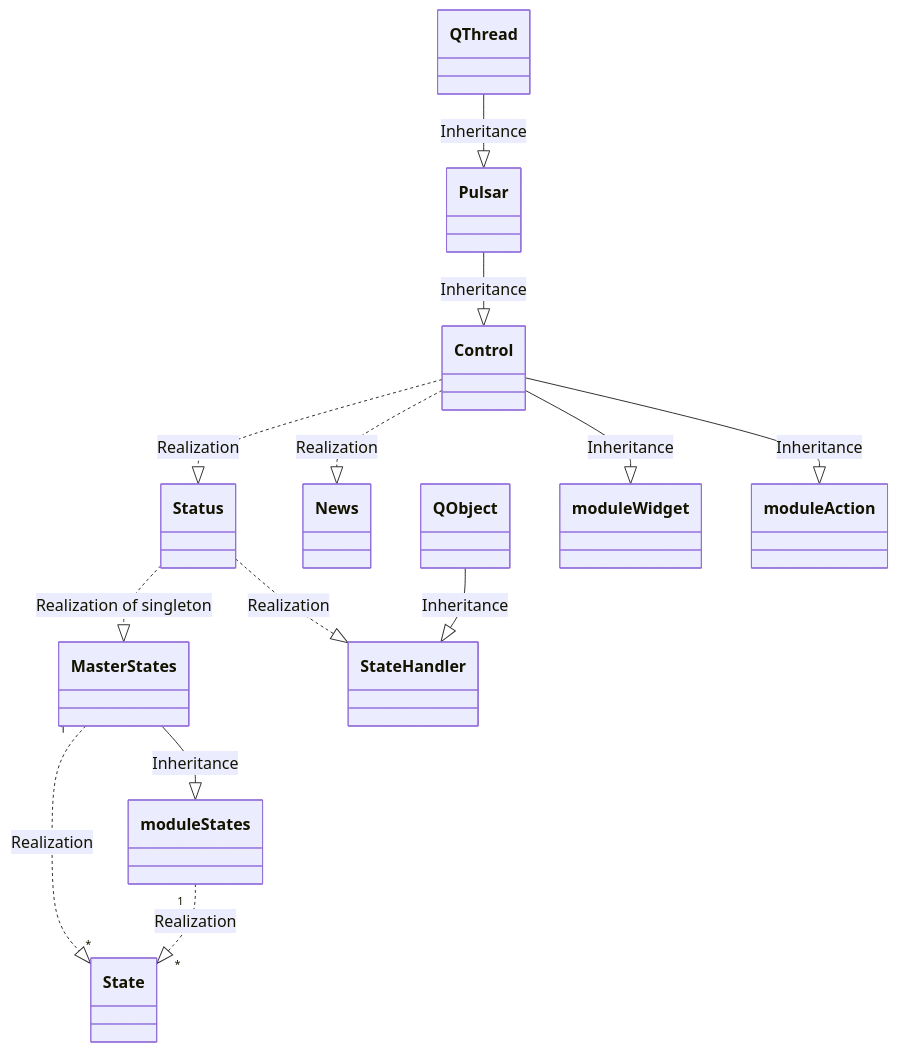
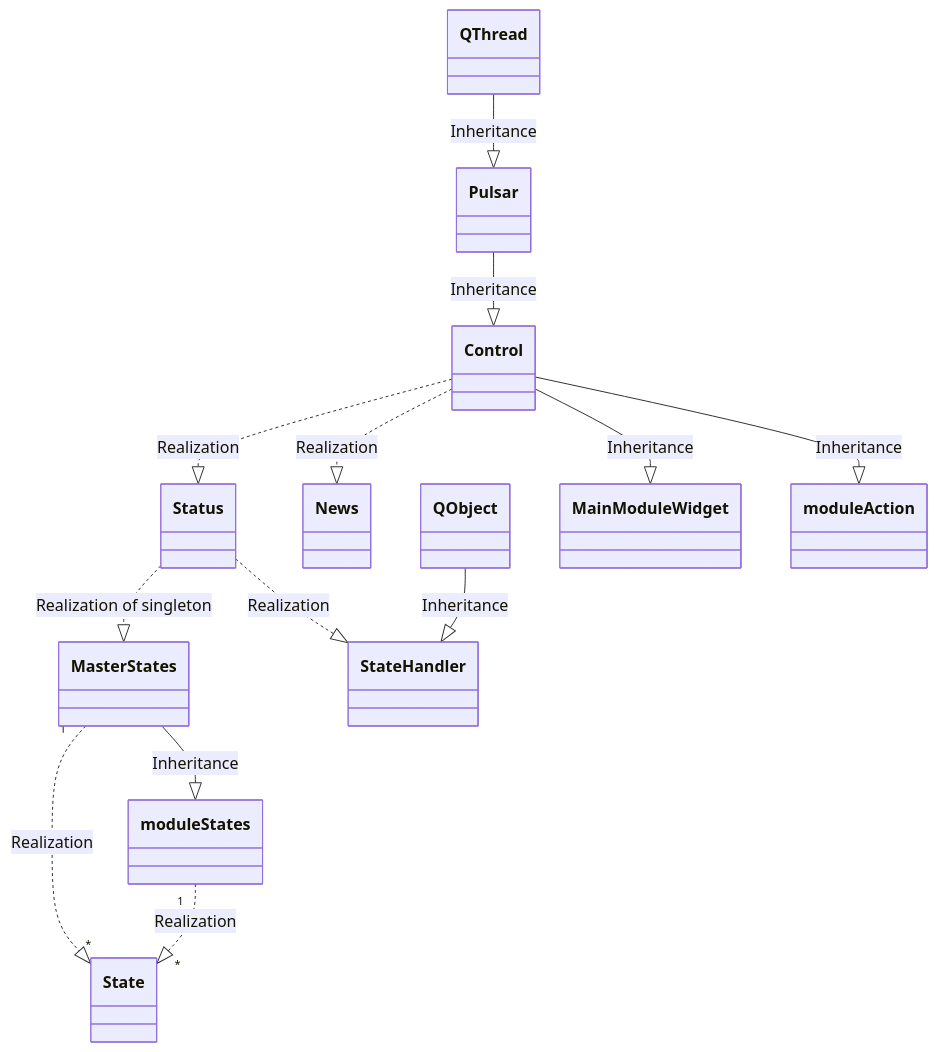
One commit to tud-hri/joan changed the diagram in README.md. Above: the diagram before and after it, drawn with Mermaid. The commit also changed other lines of this file and 4 other files, not shown here.

````diff
--- a/README.md
+++ b/README.md
@@ -32,27 +32,27 @@
 ```mermaid
     classDiagram
         class Status
         class News
         class State
         class MasterStates
         class StateHandler
         class Pulsar
         class QObject
         class QThread
-        class moduleWidget
+        class MainModuleWidget
         class moduleAction
         class moduleStates
 
         MasterStates "1" ..|> "*" State : Realization
         Status ..|> MasterStates : Realization of singleton
         Status ..|> StateHandler : Realization
         QObject --|> StateHandler : Inheritance
         QThread --|> Pulsar : Inheritance
         Pulsar --|> Control : Inheritance
         Control ..|> Status : Realization
         Control ..|> News : Realization
         Control --|> moduleAction : Inheritance
-        Control  --|> moduleWidget : Inheritance
+        Control  --|> MainModuleWidget : Inheritance
         MasterStates --|> moduleStates : Inheritance
         moduleStates "1" ..|> "*" State : Realization
 ```
````
